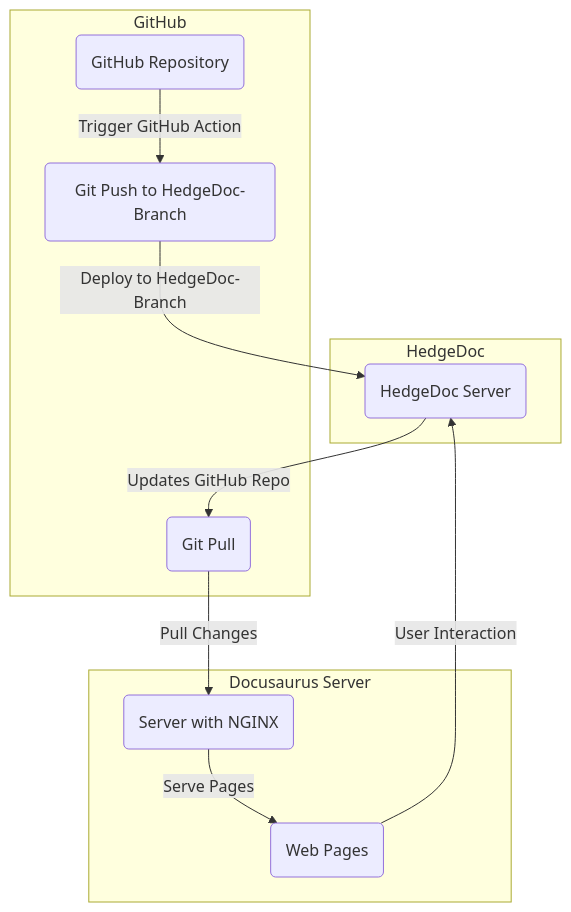
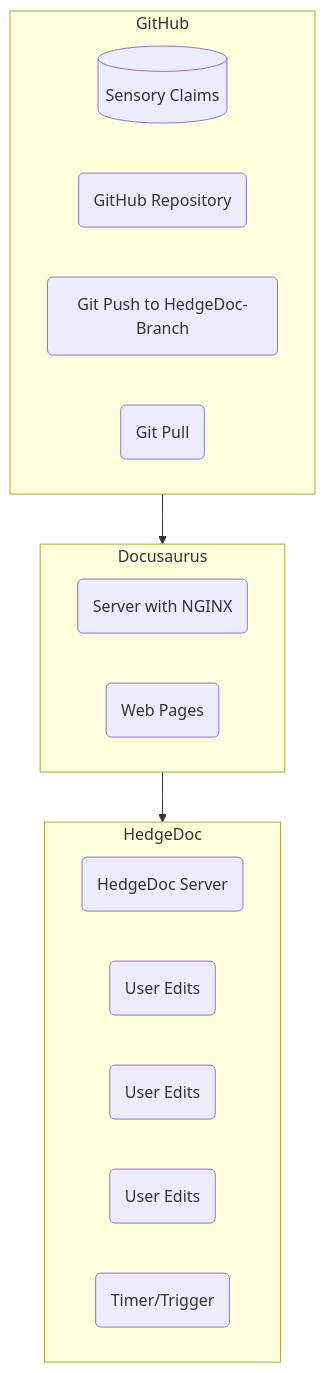
Before and after one commit to nqminds/SBOM-GAP: the diagram in README.md, drawn with Mermaid.

Commit message:
[2024-01-11 10:02:15] Anthony McCaigue: documentation-toolchain

````diff
--- a/README.md
+++ b/README.md
@@ -6,30 +6,30 @@
 ```mermaid
 graph TD;
 
 %% GitHub
 subgraph GitHub
+  db[(Sensory Claims)]
   ghRepo(GitHub Repository)
   ghAction1(Git Push to HedgeDoc-Branch)
   ghAction2(Git Pull)
 end
 
 %% HedgeDoc Server
-subgraph HedgeDoc 
+subgraph HedgeDoc
   hedgeDoc(HedgeDoc Server)
+  hedgeEdit1(User Edits)
+  hedgeEdit2(User Edits)
+  hedgeEdit3(User Edits)
+  hedgeTimer(Timer/Trigger)
 end
 
 %% Server Hosting Pages using NGINX
-subgraph Docusaurus Server
+subgraph Docusaurus
   nginxServer(Server with NGINX)
   nginxPage(Web Pages)
 end
 
 %% Arrows and Actions
-ghRepo -->|Trigger GitHub Action| ghAction1
-ghAction1 -->|Deploy to HedgeDoc-Branch| hedgeDoc
-hedgeDoc -->|Updates GitHub Repo| ghAction2
-ghAction2 -->|Pull Changes| nginxServer
-nginxServer -->|Serve Pages| nginxPage
-nginxPage -->|User Interaction| hedgeDoc
-
+GitHub --> Docusaurus
+Docusaurus --> HedgeDoc
 ```
````
